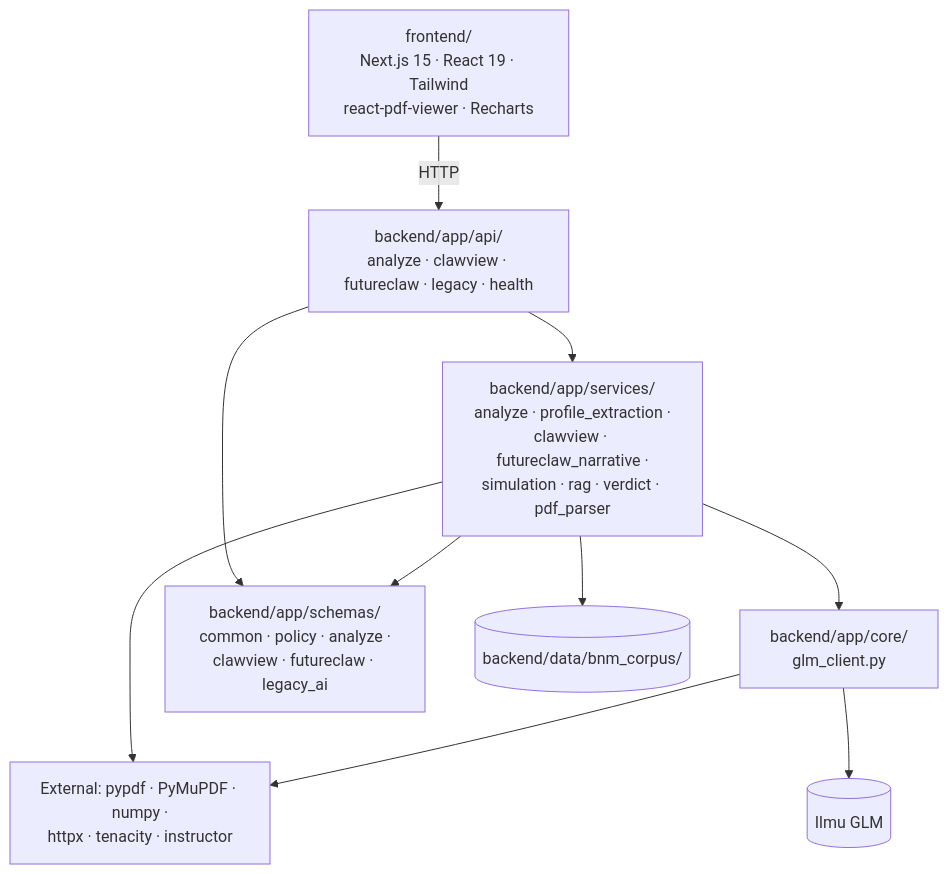
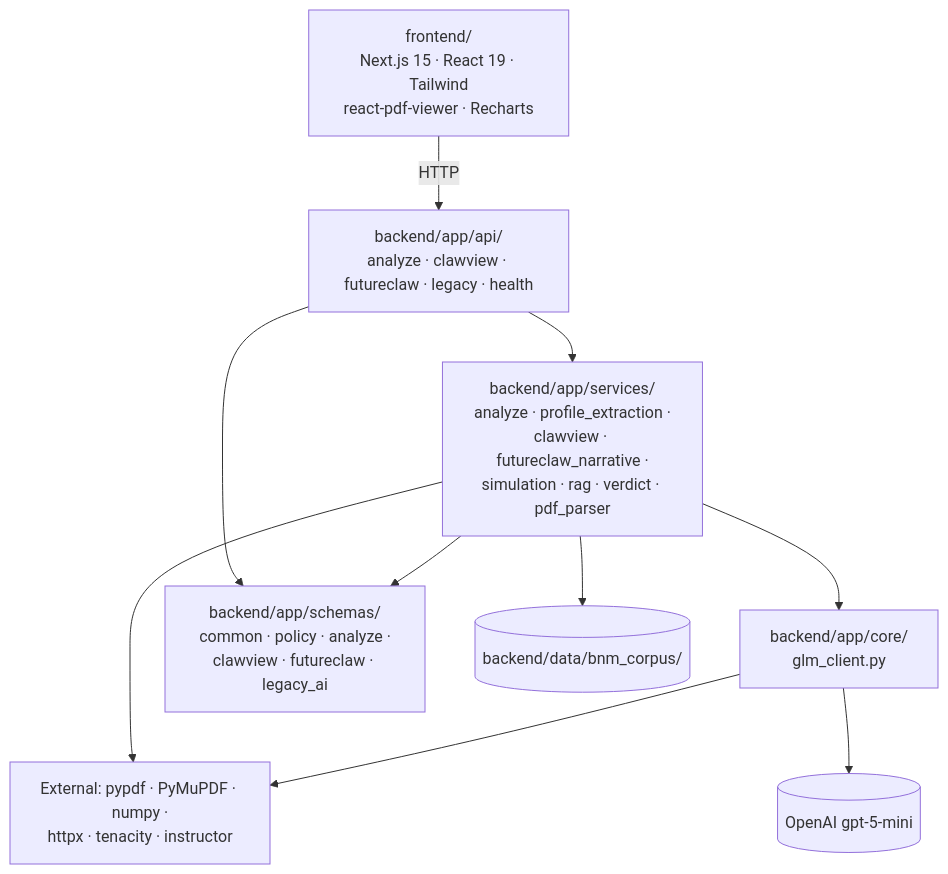
Before and after one commit to xrwong00/policyclaw: the fourth of 4 diagrams in README.md, drawn with Mermaid. The commit also changed other lines of this file and 10 other files, not shown here.

First line of the commit message:
docs: sync project docs with OpenAI gpt-5-mini provider swap

````diff
--- a/README.md
+++ b/README.md
@@ -255,21 +258,21 @@
 ```mermaid
 flowchart TD
     FE["frontend/<br/>Next.js 15 · React 19 · Tailwind<br/>react-pdf-viewer · Recharts"]
     API["backend/app/api/<br/>analyze · clawview · futureclaw · legacy · health"]
     SVC["backend/app/services/<br/>analyze · profile_extraction ·<br/>clawview · futureclaw_narrative ·<br/>simulation · rag · verdict · pdf_parser"]
     CORE["backend/app/core/<br/>glm_client.py"]
     SCHEMA["backend/app/schemas/<br/>common · policy · analyze ·<br/>clawview · futureclaw · legacy_ai"]
     EXT["External: pypdf · PyMuPDF · numpy ·<br/>httpx · tenacity · instructor"]
-    ILMU[("Ilmu GLM")]
+    ILMU[("OpenAI gpt-5-mini")]
     BNM[("backend/data/bnm_corpus/")]
 
     FE -->|HTTP| API
     API --> SVC
     API --> SCHEMA
     SVC --> CORE
     SVC --> SCHEMA
     SVC --> EXT
     SVC --> BNM
     CORE --> EXT
     CORE --> ILMU
 ```
````
